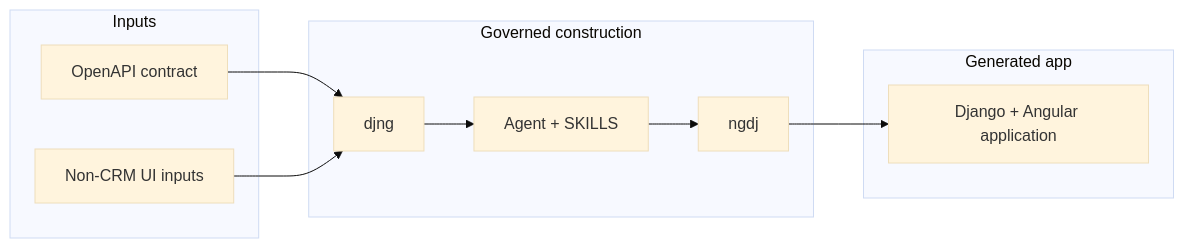
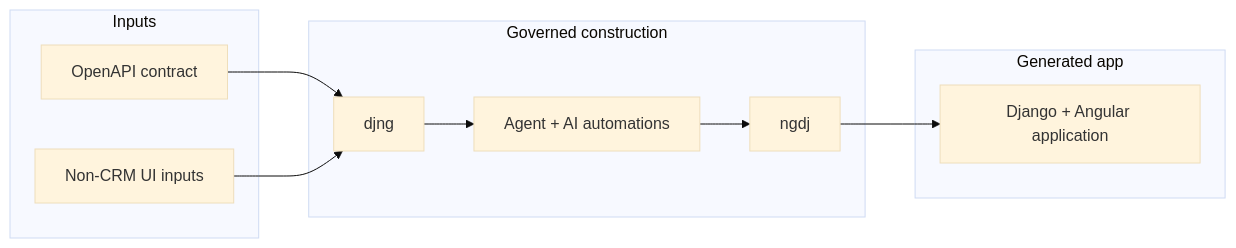
One commit to shlomoa/django-angular3 changed the first of 2 diagrams in doc/REQUIREMENTS.md. Above: the diagram before and after it, drawn with Mermaid (base theme). The commit also changed other lines of this file and 9 other files, not shown here.

````diff
--- a/doc/REQUIREMENTS.md
+++ b/doc/REQUIREMENTS.md
@@ -939,21 +956,21 @@
 ```mermaid
 flowchart LR
   subgraph Inputs[Inputs]
     OAS[OpenAPI contract]
     UI[Non-CRM UI inputs]
   end
 
   subgraph Control[Governed construction]
     DJNG[djng]
-    AGENT[Agent + SKILLS]
+    AGENT[Agent + AI automations]
     NGDJ[ngdj]
   end
 
   subgraph Output[Generated app]
     APP[Django + Angular application]
   end
 
   OAS --> DJNG
   UI --> DJNG
   DJNG --> AGENT --> NGDJ --> APP
 ```
````
